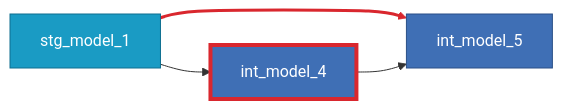
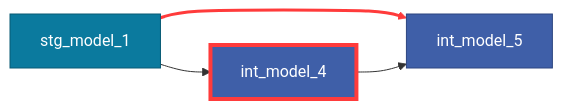
One commit to dbt-labs/dbt-project-evaluator changed the tenth of 21 diagrams in docs/rules/modeling.md. Above: the diagram before and after it, drawn with Mermaid. The commit also changed other lines of this file and 6 other files, not shown here.

Commit message:
Readable Mermaid diagrams in both color schemes; scope the source selection note to dbt check

````diff
--- a/docs/rules/modeling.md
+++ b/docs/rules/modeling.md
@@ -367,14 +367,14 @@
 ```mermaid
 flowchart LR
-    classDef staging fill:#1a9bc4,stroke:#0e6f8f,color:#fff
-    classDef intermediate fill:#3f6fb5,stroke:#2a4f87,color:#fff
-    classDef flagged stroke:#d9272e,stroke-width:4px
+    classDef staging fill:#0b7a9e,stroke:#085a75,color:#fff
+    classDef intermediate fill:#3f5fa8,stroke:#2c4580,color:#fff
+    classDef flagged stroke:#ff3b3b,stroke-width:4px
     stg_model_1["stg_model_1"]:::staging
     int_model_4["int_model_4"]:::intermediate
     int_model_5["int_model_5"]:::intermediate
     stg_model_1 --> int_model_4
     stg_model_1 --> int_model_5
     int_model_4 --> int_model_5
     class int_model_4 flagged
-    linkStyle 1 stroke:#d9272e,stroke-width:3px
+    linkStyle 1 stroke:#ff3b3b,stroke-width:3px
 ```
````
